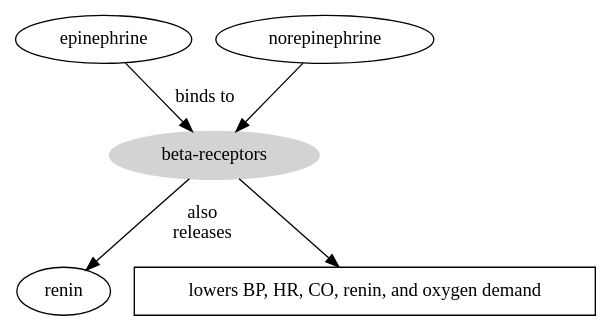
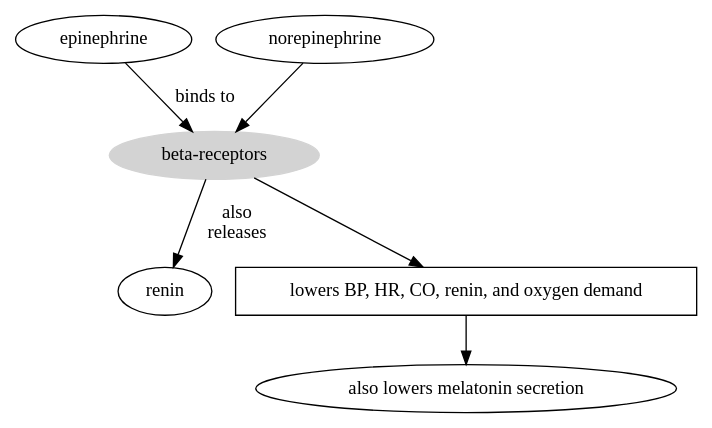
Before and after one commit to meirisoda/school_spring2024: the second of 2 diagrams in NURS380_Practicum/Topics/Pharmacology/Cardiology Basics.md, drawn with Graphviz.

Commit message:
vault backup: 2024-02-19 16:37:45

````diff
--- a/NURS380_Practicum/Topics/Pharmacology/Cardiology Basics.md
+++ b/NURS380_Practicum/Topics/Pharmacology/Cardiology Basics.md
@@ -36,14 +36,15 @@
 ```dot
 digraph G {
 	A [label="beta-receptors", style=filled, color=lightgrey];
 	B [label="epinephrine"];
 	C [label="norepinephrine"];
 	D [label="renin"];
 	E [label="lowers BP, HR, CO, renin, and oxygen demand", shape=box];
+	F [label="also lowers melatonin secretion"];
 
 	B -> A [label="binds to"];
 	C -> A
 	A -> D [label="also\nreleases"];
-	A -> E 
+	A -> E -> F 
 }
 ```
````
